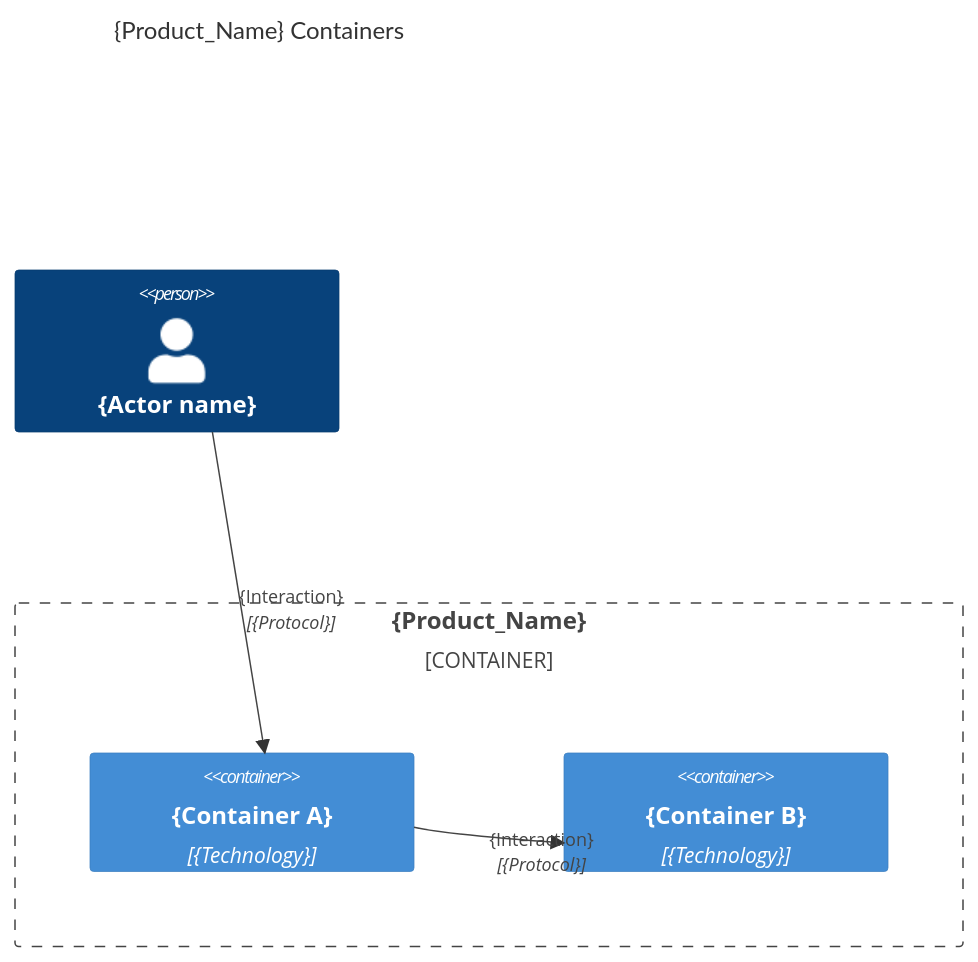
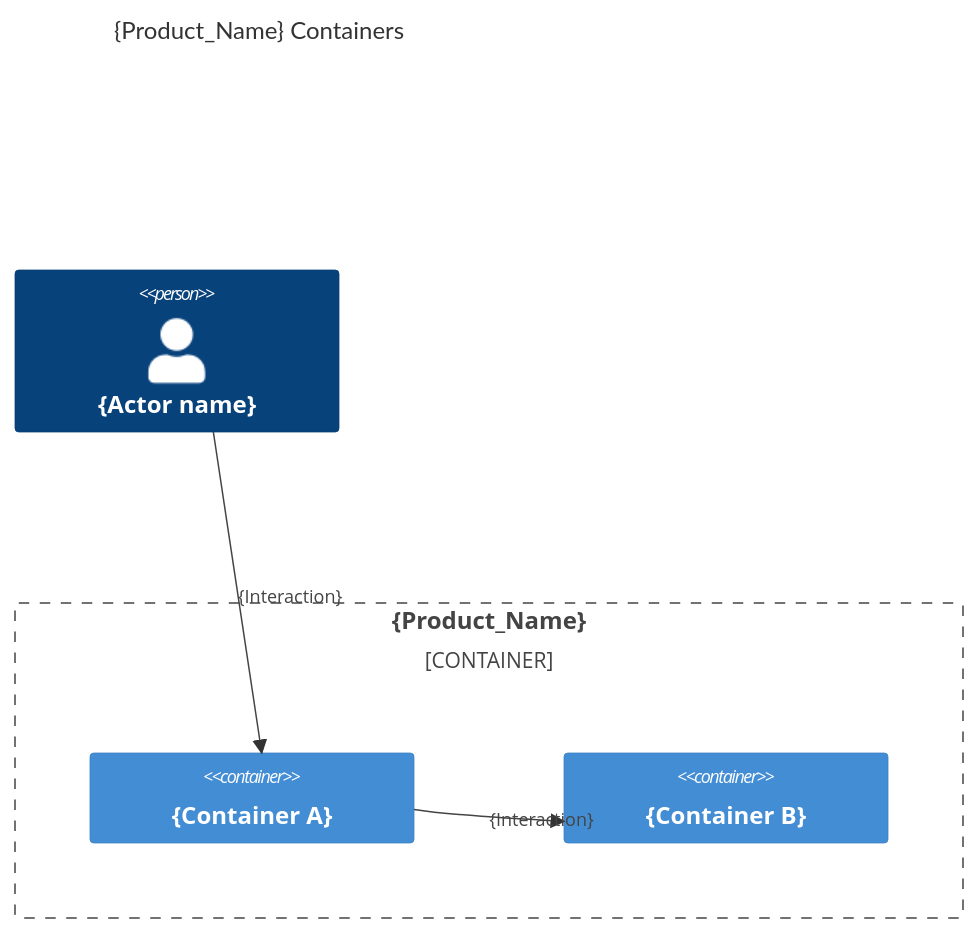
The first of 2 diagrams in .agents/skills/explore/assets/system.arch.template.md (AIDDbot/AIDDbot), drawn with Mermaid before and after one commit. The commit also changed other lines of this file and 6 other files, not shown here.

````diff
--- a/.agents/skills/explore/assets/system.arch.template.md
+++ b/.agents/skills/explore/assets/system.arch.template.md
@@ -11,14 +11,14 @@
 ```mermaid
 C4Container
   title {Product_Name} Containers
 
   Person(actor_id, "{Actor name}")
 
   Container_Boundary(system_id, "{Product_Name}") {
-    Container(container_a, "{Container A}", "{Technology}")
-    Container(container_b, "{Container B}", "{Technology}")
+    Container(container_a, "{Container A}")
+    Container(container_b, "{Container B}")
   }
 
-  Rel(actor_id, container_a, "{Interaction}", "{Protocol}")
-  Rel(container_a, container_b, "{Interaction}", "{Protocol}")
+  Rel(actor_id, container_a, "{Interaction}")
+  Rel(container_a, container_b, "{Interaction}")
 ```
````
